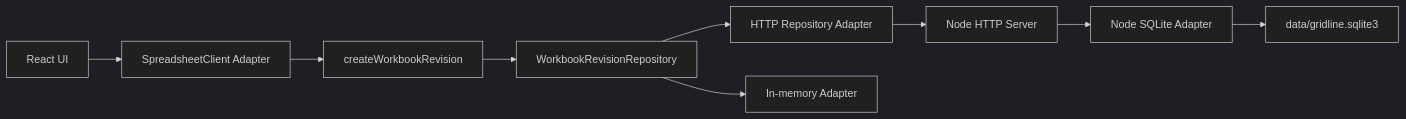
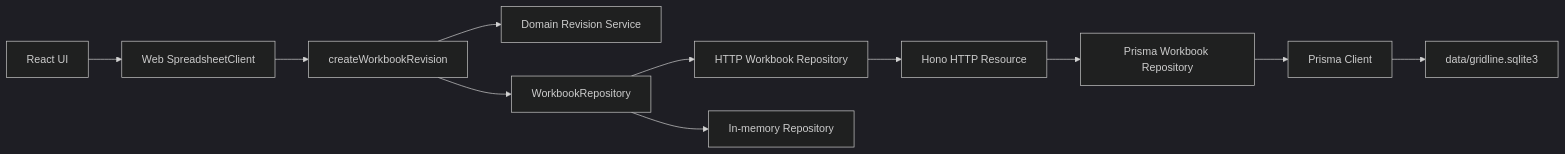
One commit to ryofuu/my-excel-app changed the first of 3 diagrams in docs/learning/04-persistence-and-concurrency.md. Above: the diagram before and after it, drawn with Mermaid (dark theme). The commit also changed other lines of this file and 144 other files, not shown here.

Commit message:
refactor: move spreadsheet core and adopt Prisma

````diff
--- a/docs/learning/04-persistence-and-concurrency.md
+++ b/docs/learning/04-persistence-and-concurrency.md
@@ -33,11 +33,13 @@
 ```mermaid
 flowchart LR
-  UI["React UI"] --> Client["SpreadsheetClient Adapter"]
+  UI["React UI"] --> Client["Web SpreadsheetClient"]
   Client --> UseCase["createWorkbookRevision"]
-  UseCase --> Port["WorkbookRevisionRepository"]
-  Port --> HTTP["HTTP Repository Adapter"]
-  Port --> Memory["In-memory Adapter"]
-  HTTP --> Server["Node HTTP Server"]
-  Server --> SQLite["Node SQLite Adapter"]
-  SQLite --> File["data/gridline.sqlite3"]
+  UseCase --> Domain["Domain Revision Service"]
+  UseCase --> Port["WorkbookRepository"]
+  Port --> HTTP["HTTP Workbook Repository"]
+  Port --> Memory["In-memory Repository"]
+  HTTP --> Server["Hono HTTP Resource"]
+  Server --> Repository["Prisma Workbook Repository"]
+  Repository --> Prisma["Prisma Client"]
+  Prisma --> File["data/gridline.sqlite3"]
 ```
````
